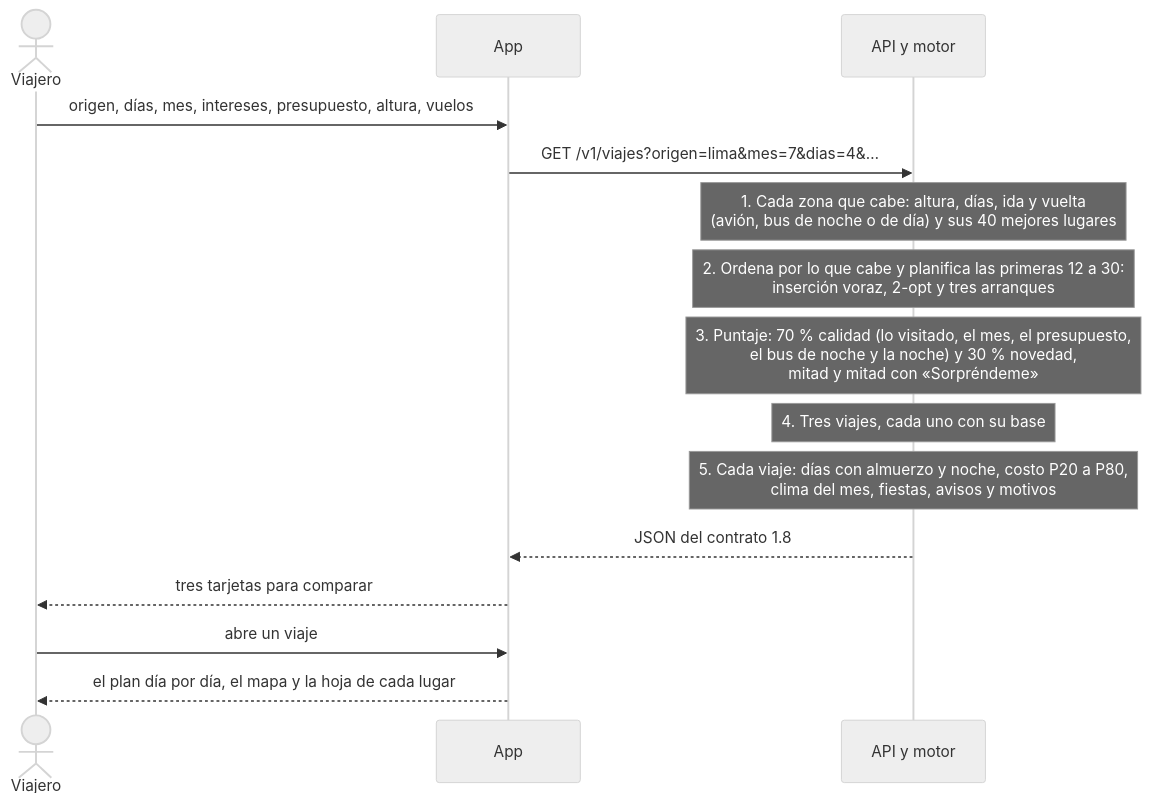
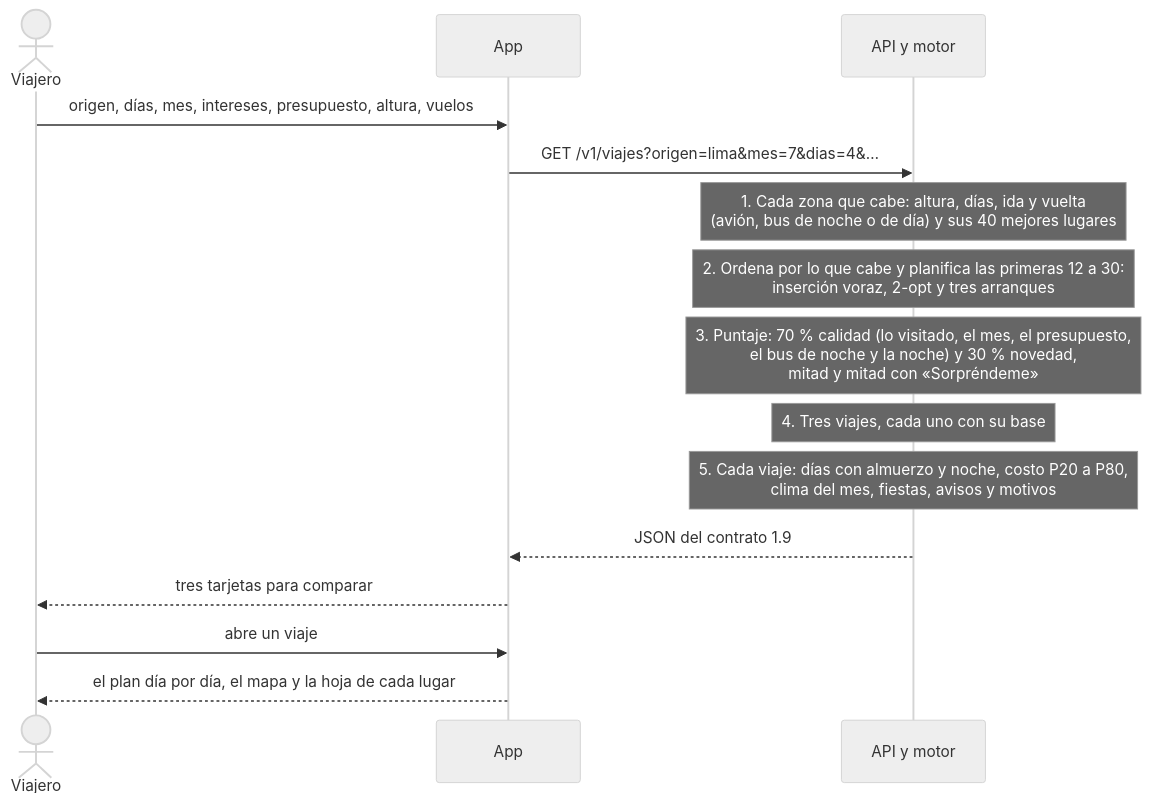
The second of 4 diagrams in docs/ARQUITECTURA.md (oswaldoaqm/Alejandros-Team), drawn with Mermaid (neutral theme) before and after one commit. The commit also changed other lines of this file and 17 other files, not shown here.

````diff
--- a/docs/ARQUITECTURA.md
+++ b/docs/ARQUITECTURA.md
@@ -74,17 +74,17 @@
 ```mermaid
 sequenceDiagram
     actor V as Viajero
     participant A as App
     participant M as API y motor
     V->>A: origen, días, mes, intereses, presupuesto, altura, vuelos
     A->>M: GET /v1/viajes?origen=lima&mes=7&dias=4&…
     Note over M: 1. Cada zona que cabe: altura, días, ida y vuelta<br/>(avión, bus de noche o de día) y sus 40 mejores lugares
     Note over M: 2. Ordena por lo que cabe y planifica las primeras 12 a 30:<br/>inserción voraz, 2-opt y tres arranques
     Note over M: 3. Puntaje: 70 % calidad (lo visitado, el mes, el presupuesto,<br/>el bus de noche y la noche) y 30 % novedad,<br/>mitad y mitad con «Sorpréndeme»
     Note over M: 4. Tres viajes, cada uno con su base
     Note over M: 5. Cada viaje: días con almuerzo y noche, costo P20 a P80,<br/>clima del mes, fiestas, avisos y motivos
-    M-->>A: JSON del contrato 1.8
+    M-->>A: JSON del contrato 1.9
     A-->>V: tres tarjetas para comparar
     V->>A: abre un viaje
     A-->>V: el plan día por día, el mapa y la hoja de cada lugar
 ```
````
